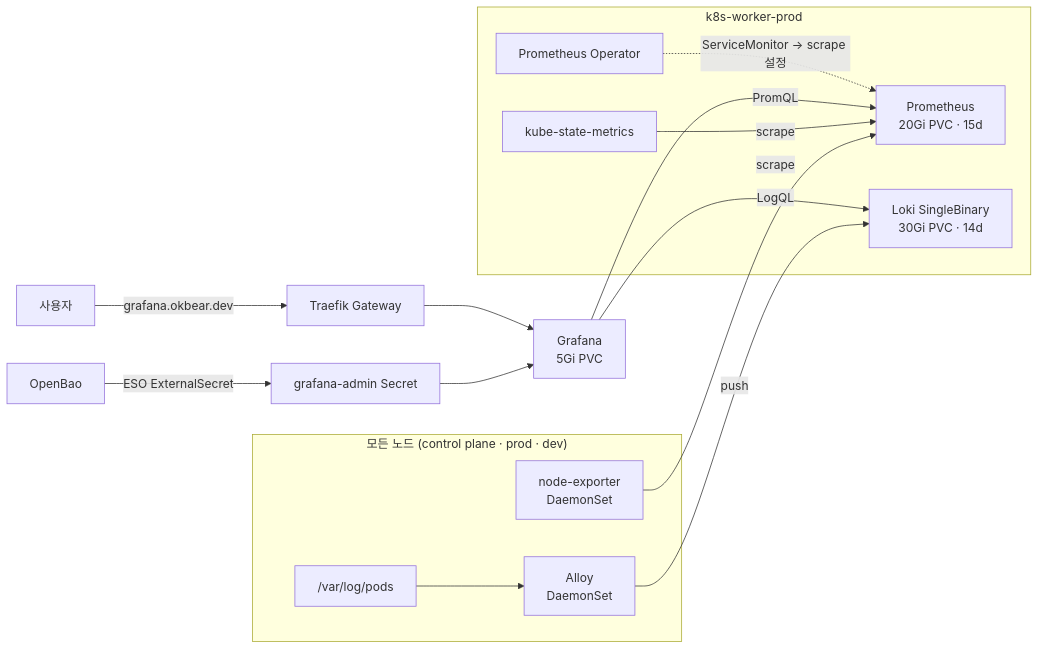
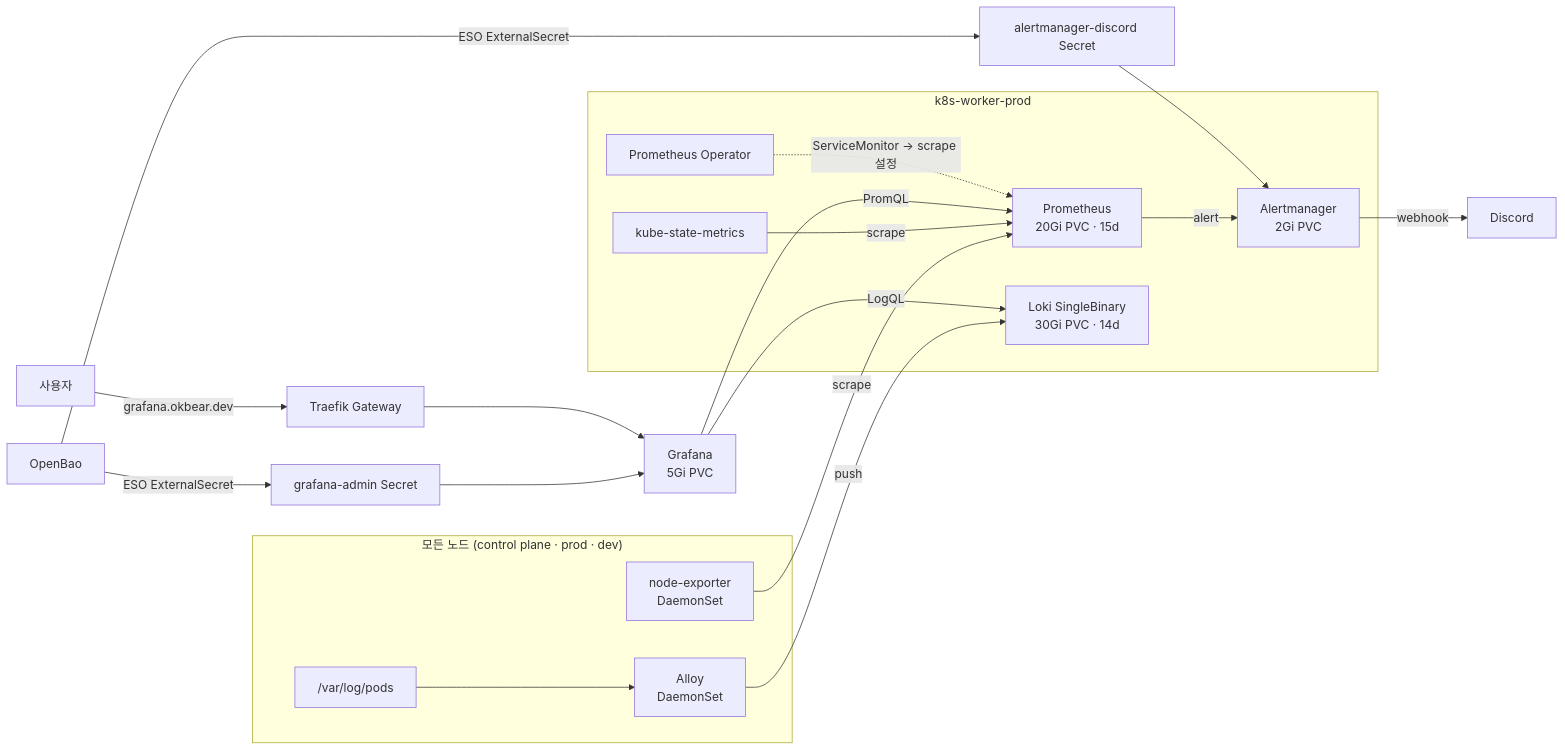
The first of 3 diagrams in docs/gitops/observability.md (hweyoung/homelab), drawn with Mermaid before and after one commit. The commit also changed other lines of this file and 3 other files, not shown here.

First line of the commit message:
[Docs] Alertmanager Discord 알림 반영

````diff
--- a/docs/gitops/observability.md
+++ b/docs/gitops/observability.md
@@ -9,25 +9,28 @@
 ```mermaid
 flowchart LR
     subgraph nodes["모든 노드 (control plane · prod · dev)"]
         NE["node-exporter<br/>DaemonSet"]
         AL["Alloy<br/>DaemonSet"]
         LOGS["/var/log/pods"]
     end
 
     subgraph prod["k8s-worker-prod"]
         PROM["Prometheus<br/>20Gi PVC · 15d"]
         LOKI["Loki SingleBinary<br/>30Gi PVC · 14d"]
         OP["Prometheus Operator"]
         KSM["kube-state-metrics"]
+        AM["Alertmanager<br/>2Gi PVC"]
     end
 
     GRAF["Grafana<br/>5Gi PVC"]
     BAO["OpenBao"] -->|"ESO ExternalSecret"| SEC["grafana-admin Secret"] --> GRAF
     USER["사용자"] -->|"grafana.okbear.dev"| GW["Traefik Gateway"] --> GRAF
 
     NE & KSM -->|"scrape"| PROM
     LOGS --> AL -->|"push"| LOKI
     GRAF -->|"PromQL"| PROM
     GRAF -->|"LogQL"| LOKI
     OP -.->|"ServiceMonitor → scrape 설정"| PROM
+    PROM -->|"alert"| AM -->|"webhook"| DISCORD["Discord"]
+    BAO -->|"ESO ExternalSecret"| AMSEC["alertmanager-discord Secret"] --> AM
 ```
````
